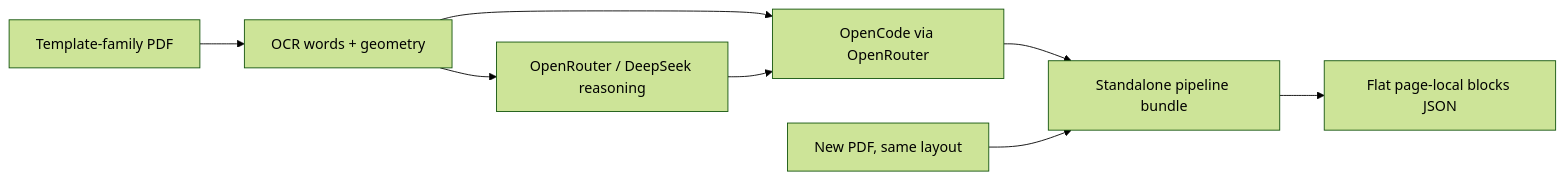
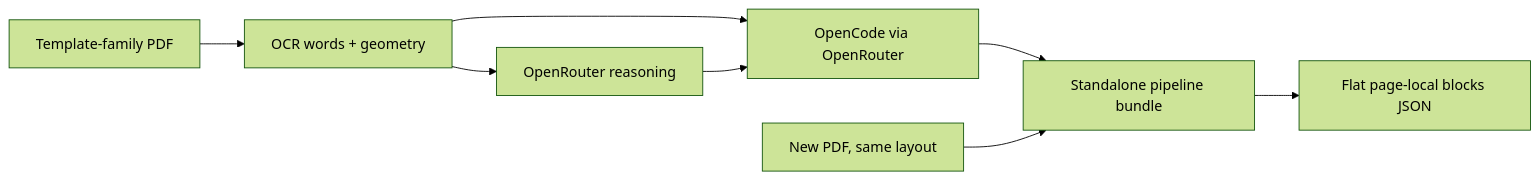
The first of 6 diagrams in README.md (riccardobollati/twix_2), drawn with Mermaid (forest theme) before and after one commit. The commit also changed other lines of this file and 37 other files, not shown here.

````diff
--- a/README.md
+++ b/README.md
@@ -30,10 +30,10 @@
 ```mermaid
 flowchart LR
     A["Template-family PDF"] --> B["OCR words + geometry"]
-    B --> C["OpenRouter / DeepSeek reasoning"]
+    B --> C["OpenRouter reasoning"]
     B --> D["OpenCode via OpenRouter"]
     C --> D
     D --> E["Standalone pipeline bundle"]
     E --> F["Flat page-local blocks JSON"]
     G["New PDF, same layout"] --> E
 ```
````
